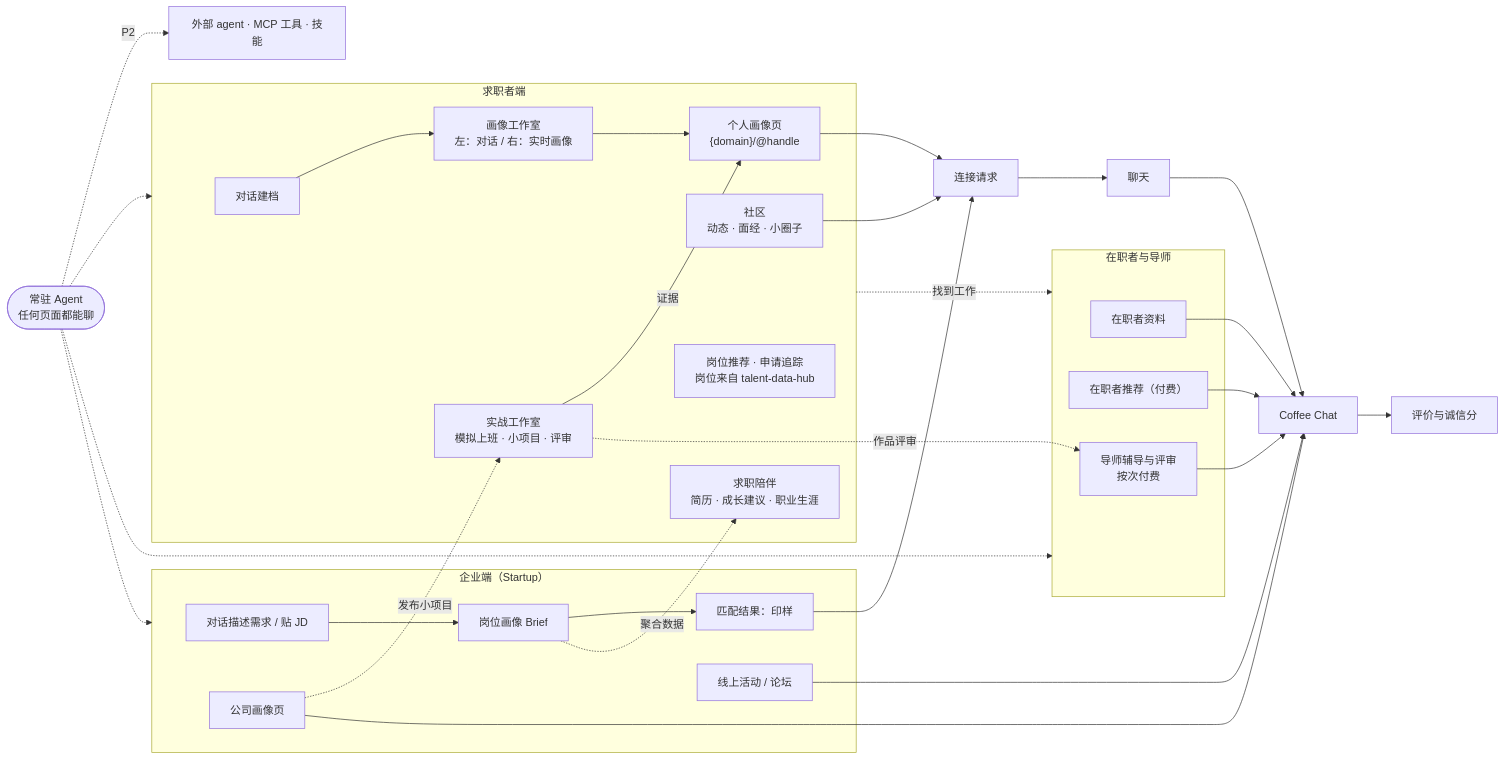
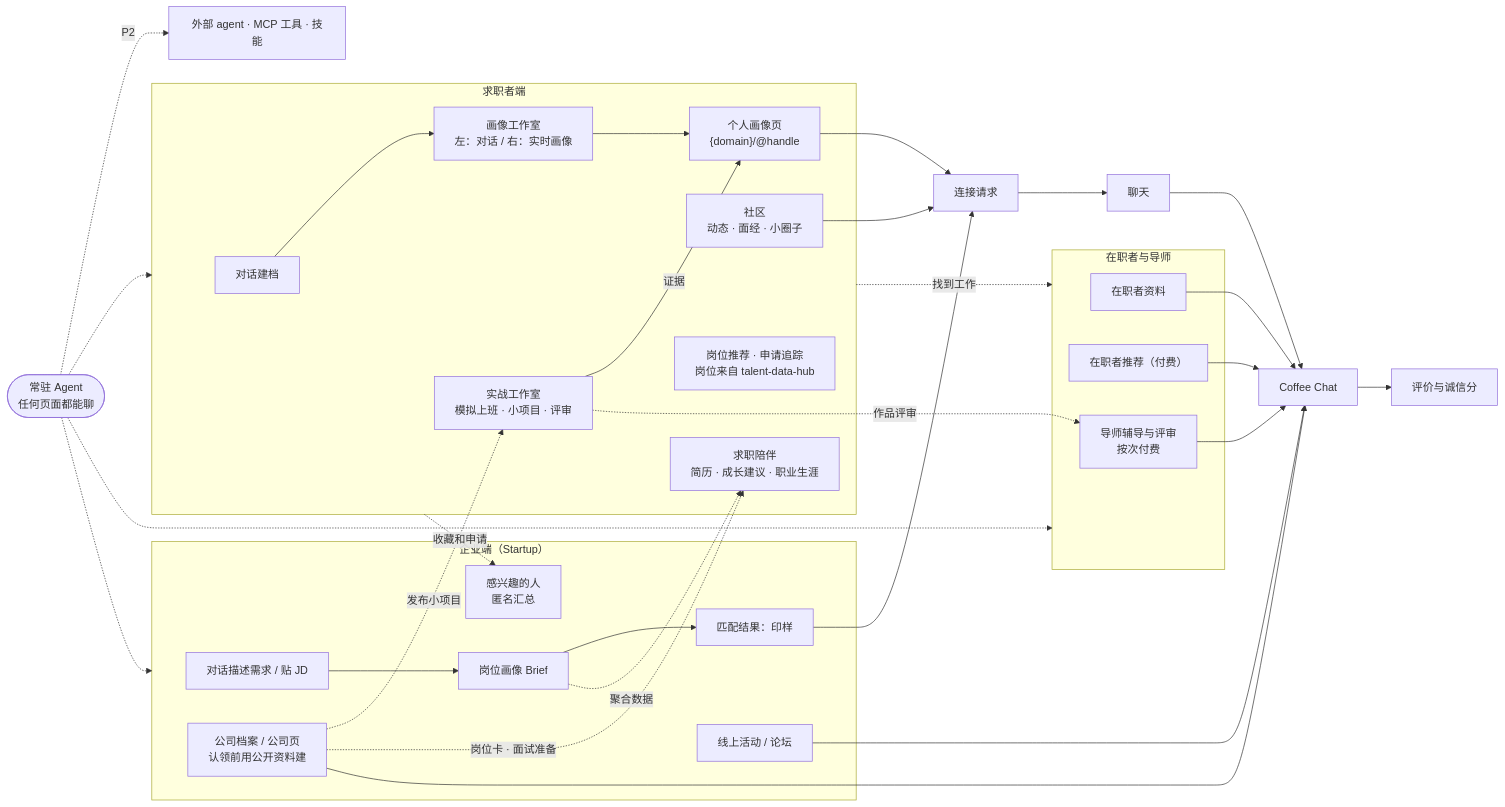
The diagram in docs/PRD.md (mikeaccio666-debug/employee-research-agent), drawn with Mermaid before and after one commit. The commit also changed other lines of this file and 1 other file, not shown here.

````diff
--- a/docs/PRD.md
+++ b/docs/PRD.md
@@ -152,43 +153,46 @@
 ```mermaid
 flowchart LR
   AG(["常驻 Agent<br/>任何页面都能聊"])
   subgraph T["求职者端"]
     T1["对话建档"] --> T2["画像工作室<br/>左：对话 / 右：实时画像"]
     T2 --> T3["个人画像页<br/>{domain}/@handle"]
     T4["社区<br/>动态 · 面经 · 小圈子"]
     T5["求职陪伴<br/>简历 · 成长建议 · 职业生涯"]
     T6["实战工作室<br/>模拟上班 · 小项目 · 评审"]
     T7["岗位推荐 · 申请追踪<br/>岗位来自 talent-data-hub"]
   end
   subgraph I["在职者与导师"]
     I1["在职者资料"]
     I2["在职者推荐（付费）"]
     I3["导师辅导与评审<br/>按次付费"]
   end
   subgraph C["企业端（Startup）"]
     C1["对话描述需求 / 贴 JD"] --> C2["岗位画像 Brief"]
     C2 --> C3["匹配结果：印样"]
-    C4["公司画像页"]
+    C4["公司档案 / 公司页<br/>认领前用公开资料建"]
     C5["线上活动 / 论坛"]
+    C6["感兴趣的人<br/>匿名汇总"]
   end
   AG -.-> T
   AG -.-> I
   AG -.-> C
   AG -.->|"P2"| EX["外部 agent · MCP 工具 · 技能"]
   T -.->|"找到工作"| I
   T6 -->|"证据"| T3
   T6 -.->|"作品评审"| I3
   C4 -.->|"发布小项目"| T6
   C2 -.->|"聚合数据"| T5
+  C4 -.->|"岗位卡 · 面试准备"| T5
+  T -.->|"收藏和申请"| C6
   T3 --> X1["连接请求"]
   T4 --> X1
   C3 --> X1
   X1 --> X2["聊天"]
   X2 --> X3["Coffee Chat"]
   I1 --> X3
   I2 --> X3
   I3 --> X3
   C4 --> X3
   C5 --> X3
   X3 --> X4["评价与诚信分"]
 ```
````
